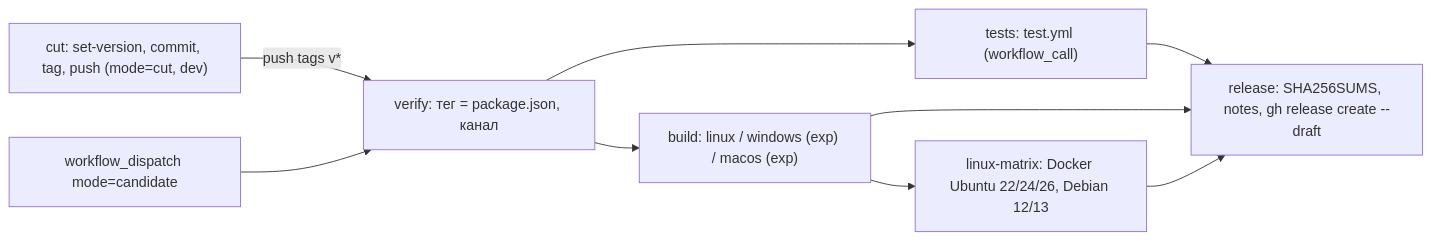
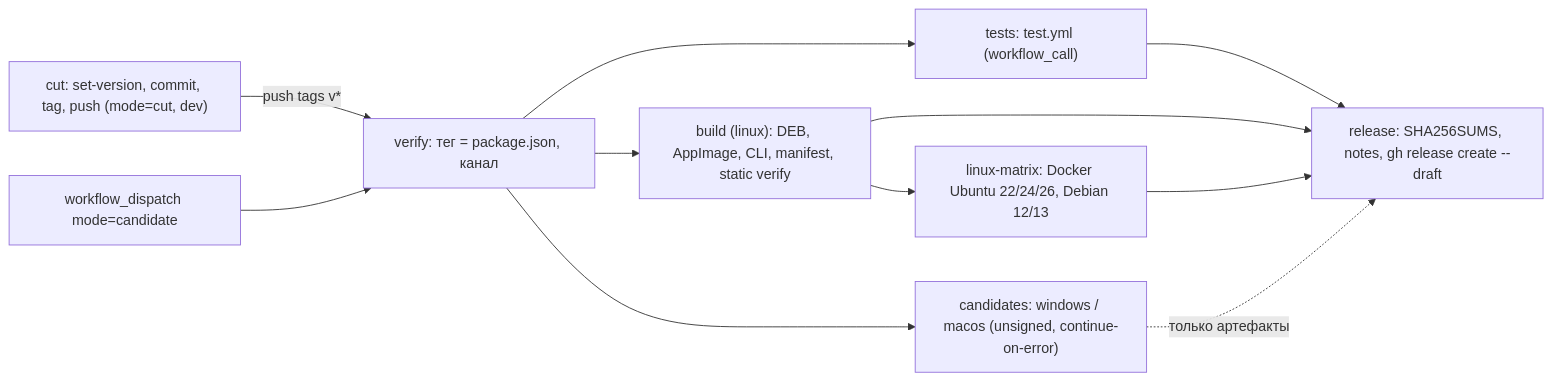
Before and after one commit to gooddaytoday/loginom-ai-agent: the diagram in docs/testing/loginom-ai-agent/ci-release.md, drawn with Mermaid. The commit also changed other lines of this file and 1 other file, not shown here.

Commit message:
fix(ci): build unsigned Windows/macOS candidates in a job that cannot gate the Linux release

````diff
--- a/docs/testing/loginom-ai-agent/ci-release.md
+++ b/docs/testing/loginom-ai-agent/ci-release.md
@@ -30,11 +30,13 @@
 ```mermaid
 flowchart LR
   cut["cut: set-version, commit, tag, push (mode=cut, dev)"] -->|"push tags v*"| verify["verify: тег = package.json, канал"]
   candidate["workflow_dispatch mode=candidate"] --> verify
   verify --> tests["tests: test.yml (workflow_call)"]
-  verify --> build["build: linux / windows (exp) / macos (exp)"]
+  verify --> build["build (linux): DEB, AppImage, CLI, manifest, static verify"]
+  verify --> candidates["candidates: windows / macos (unsigned, continue-on-error)"]
   build --> matrix["linux-matrix: Docker Ubuntu 22/24/26, Debian 12/13"]
   tests --> release["release: SHA256SUMS, notes, gh release create --draft"]
   build --> release
   matrix --> release
+  candidates -.->|"только артефакты"| release
 ```
````
